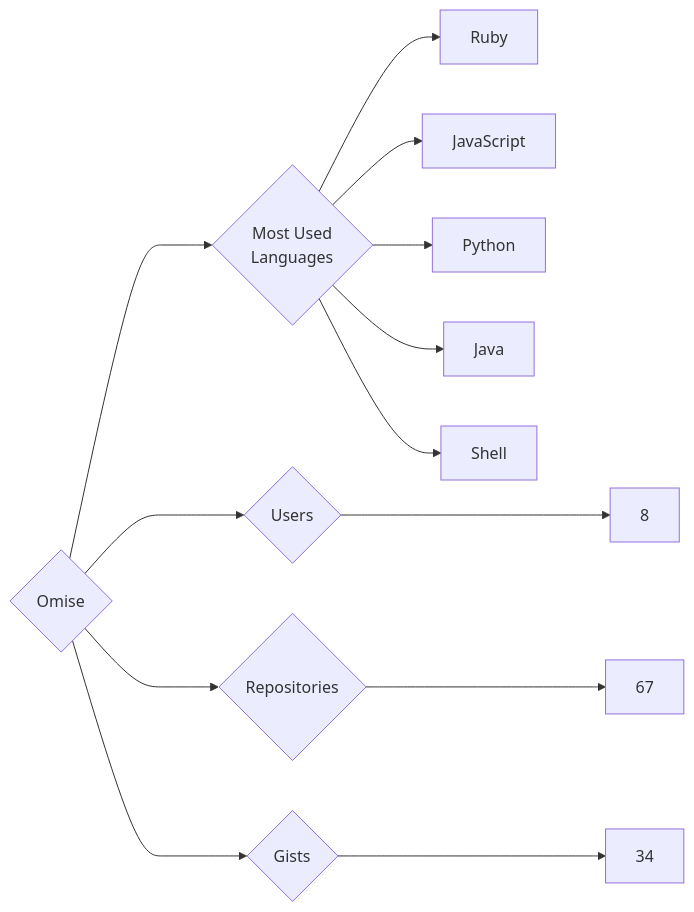
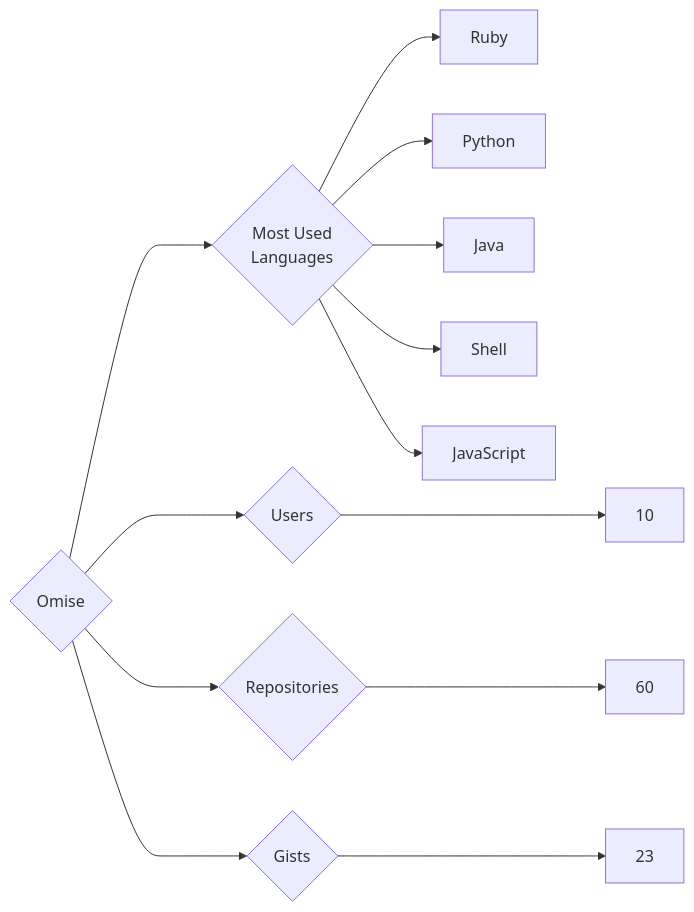
One commit to trickest/insiders changed the diagram in targets/Omise/README.md. Above: the diagram before and after it, drawn with Mermaid. The commit also changed 1479 other files, not shown here.

````diff
--- a/targets/Omise/README.md
+++ b/targets/Omise/README.md
@@ -3,13 +3,13 @@
 ```mermaid
 graph LR
 COMPANY_NAME{Omise}
-COMPANY_NAME ---> U{Users} ---> UN[8]
-COMPANY_NAME ---> R{Repositories} ---> RN[67]
-COMPANY_NAME ---> G{Gists} ---> GN[34]
+COMPANY_NAME ---> U{Users} ---> UN[10]
+COMPANY_NAME ---> R{Repositories} ---> RN[60]
+COMPANY_NAME ---> G{Gists} ---> GN[23]
 COMPANY_NAME ---> ML{Most Used<br>Languages}
 ML --> Ruby[Ruby]
-ML --> JavaScript[JavaScript]
 ML --> Python[Python]
 ML --> Java[Java]
 ML --> Shell[Shell]
+ML --> JavaScript[JavaScript]
 ```
````
